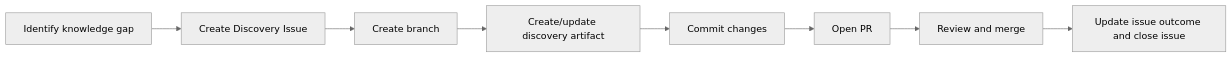
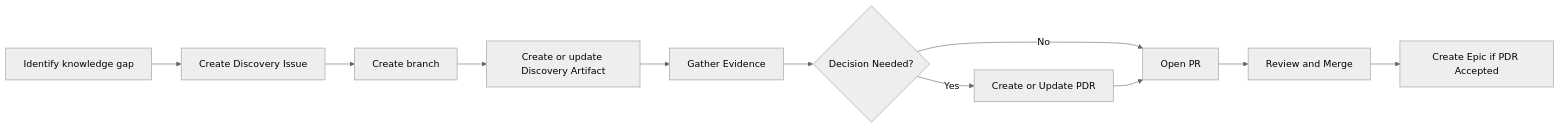
Before and after one commit to DevOn90/test-doc-flow: the eighth of 8 diagrams in docs/project-governance/product-discovery/discovery-guide.md, drawn with Mermaid (neutral theme). The commit also changed other lines of this file, not shown here.

Commit message:
docs: Update discovery guide to include Product Decision Record section and flow

````diff
--- a/docs/project-governance/product-discovery/discovery-guide.md
+++ b/docs/project-governance/product-discovery/discovery-guide.md
@@ -275,10 +281,16 @@
 ```mermaid
 flowchart LR
-    A[Identify knowledge gap] --> B[Create Discovery Issue]
-    B --> C[Create branch]
-    C --> D[Create/update discovery artifact]
-    D --> E[Commit changes]
-    E --> F[Open PR]
-    F --> G[Review and merge]
-    G --> H[Update issue outcome and close issue]
+    A[Identify knowledge gap]
+    --> B[Create Discovery Issue]
+    --> C[Create branch]
+    --> D[Create or update Discovery Artifact]
+    --> E[Gather Evidence]
+    --> F{Decision Needed?}
+
+    F -->|No| G[Open PR]
+    F -->|Yes| H[Create or Update PDR]
+
+    H --> G
+    G --> I[Review and Merge]
+    I --> J[Create Epic if PDR Accepted]
 ```
````
